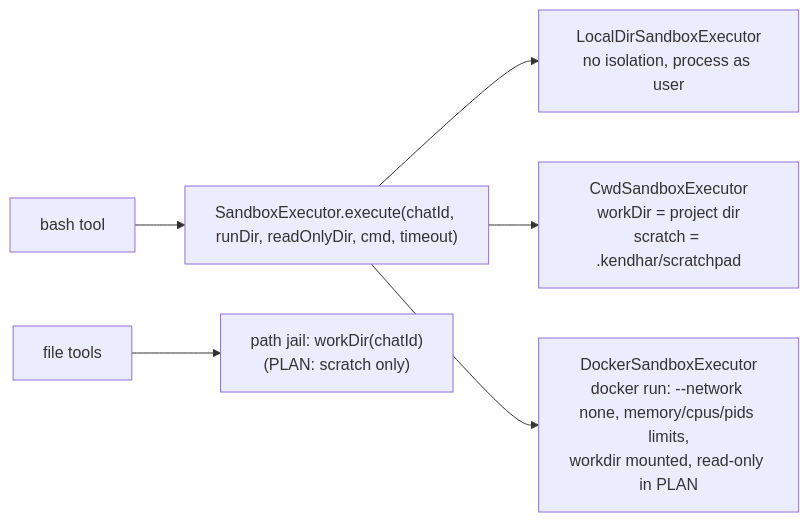
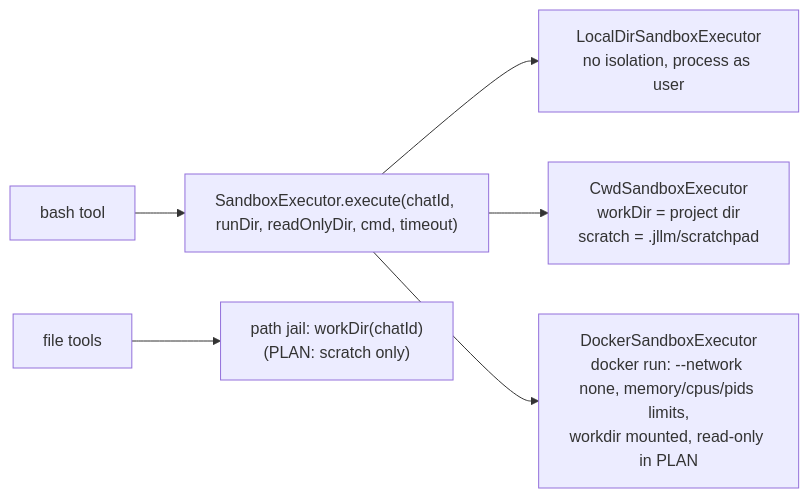
Diagram 13 of 13 in docs/FLOW.md (kendarorg/jllm), drawn with Mermaid before and after one commit. The commit also changed other lines of this file and 592 other files, not shown here.

````diff
--- a/docs/FLOW.md
+++ b/docs/FLOW.md
@@ -447,8 +479,8 @@
 ```mermaid
 flowchart LR
     BASH["bash tool"] --> SE["SandboxExecutor.execute(chatId, runDir, readOnlyDir, cmd, timeout)"]
     FT["file tools"] --> JAIL["path jail: workDir(chatId)<br/>(PLAN: scratch only)"]
     SE --> L["LocalDirSandboxExecutor<br/>no isolation, process as user"]
-    SE --> CW["CwdSandboxExecutor<br/>workDir = project dir<br/>scratch = .kendhar/scratchpad"]
+    SE --> CW["CwdSandboxExecutor<br/>workDir = project dir<br/>scratch = .jllm/scratchpad"]
     SE --> DK["DockerSandboxExecutor<br/>docker run: --network none, memory/cpus/pids limits,<br/>workdir mounted, read-only in PLAN"]
 ```
````
